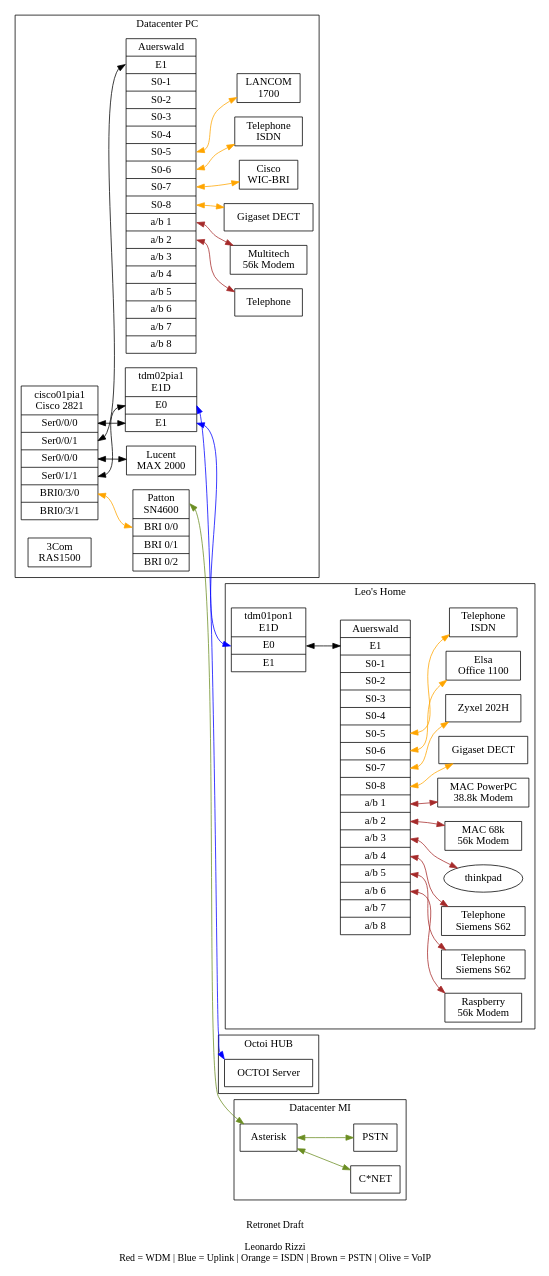
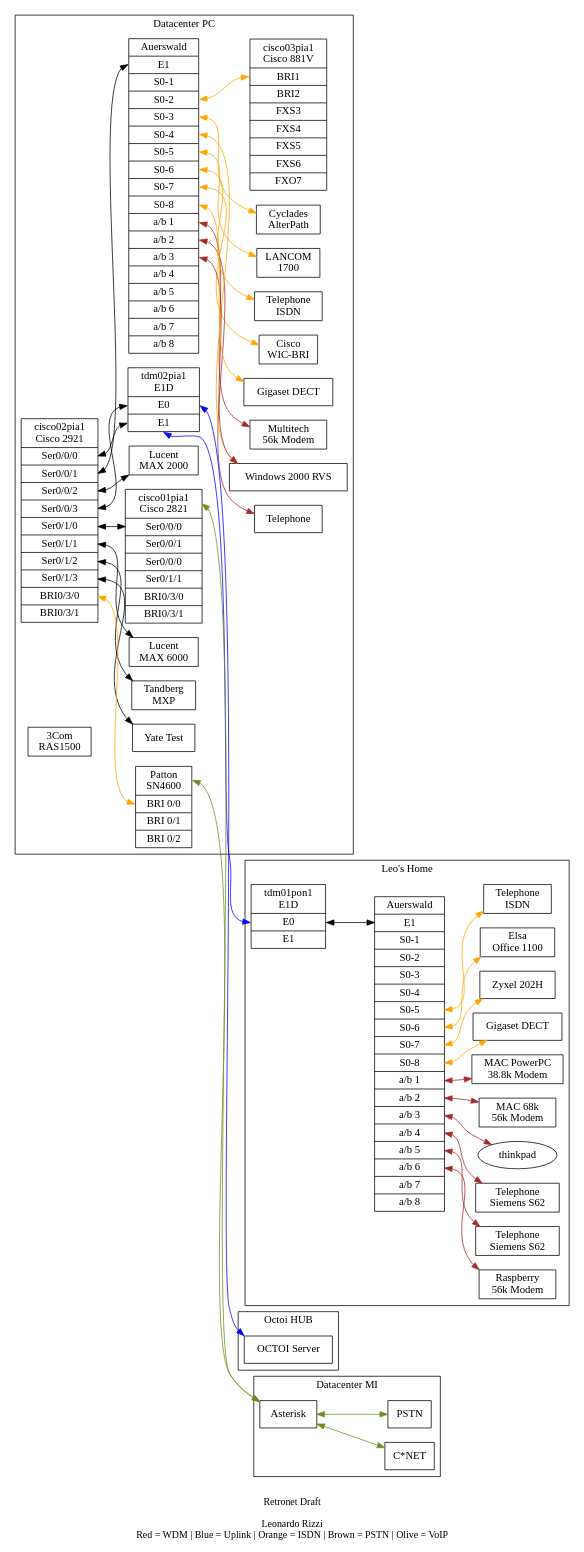
Before and after one commit to lrizzi/retronet: the diagram in e1d.gv, drawn with Graphviz. The commit also changed 7 other files, not shown here.

```diff
--- a/e1d.gv
+++ b/e1d.gv
@@ -1,153 +1,176 @@
 graph TDM {
 //graph [nodesep=0.5, ranksep=0.5];
 //rankdir=RL;
 rankdir=LR;
 //clusterrank=none
 compound=true;
 edge [dir="both"]
 //concentrate=true
 
 subgraph cluster0 {
   label="Datacenter PC";
   compt01pia1 [shape=record,label="<host>Auerswald|<e1>E1|<s01>S0-1|<s02>S0-2|<s03>S0-3|<s04>S0-4|<s05>S0-5|<s06>S0-6|<s07>S0-7|<s08>S0-8|<ab1>a/b 1|<ab2>a/b 2|<ab3>a/b 3|<ab4>a/b 4|<ab5>a/b 5|<ab6>a/b 6|<ab7>a/b 7|<ab8>a/b 8"];
   //tdm01pia1 [shape=record,label="<host>tdm01pia1\nPacketBand|<e1>E1"];
   tdm02pia1 [shape=record,label="<host>tdm02pia1\nE1D|<e0>E0|<e1>E1"];
 
   cisco01pia1 [shape=record,label="<host>cisco01pia1\nCisco 2821|<s000>Ser0/0/0|<s001>Ser0/0/1|<s010>Ser0/0/0|<s011>Ser0/1/1|<bri030>BRI0/3/0|<bri031>BRI0/3/1"];
+  cisco02pia1 [shape=record,label="<host>cisco02pia1\nCisco 2921|<s000>Ser0/0/0|<s001>Ser0/0/1|<s002>Ser0/0/2|<s003>Ser0/0/3|<s010>Ser0/1/0|<s011>Ser0/1/1|<s012>Ser0/1/2|<s013>Ser0/1/3|<bri030>BRI0/3/0|<bri031>BRI0/3/1"];
+
+  cisco03pia1 [shape=record,label="<host>cisco03pia1\nCisco 881V|<bri1>BRI1|<bri2>BRI2|<fxs3>FXS3|<fxs4>FXS4|<fxs5>FXS5|<fxs6>FXS6|<fxo7>FXO7"];
+
 
   ras01pia1 [shape=record,label="<host>3Com\nRAS1500"]
   max01pia1 [shape=record,label="<host>Lucent\nMAX 2000"]
+  max02pia1 [shape=record,label="<host>Lucent\nMAX 6000"]
+  tandberg01 [shape=record,label="<host>Tandberg\nMXP"]
+
+  tsrv01 [shape=record,label="<host>Cyclades\nAlterPath"]
 
   r01pia1 [shape=record,label="<host>Cisco\nWIC-BRI"]
   r02pia1 [shape=record,label="<host>LANCOM\n1700"]
 
   modem01pia1 [shape=record,label="Multitech\n56k Modem"];
 
   tel01pia1 [shape=record,label="Telephone"];
+
+  win2000 [shape=record,label="Windows 2000 RVS"];
+  yate01 [shape=record,label="Yate Test"];
 
 
   gigaset01pia1 [shape=record,label="Gigaset DECT"];
 
   itel01pia1 [shape=record,label="Telephone\nISDN"];
 
   patton01 [shape=record,label="<host>Patton\nSN4600|<bri00>BRI 0/0|<bri01>BRI 0/1|<bri02>BRI 0/2"]
 
   subgraph cluster_00 {
   label="External"
 //  Telnet [shape=record,label="<host>Telnet|<transit>Transit|<access>Access"];
 //  MinapF [shape=record,label="<host>Minap Telnet|<p01>Port 01|<p02> Port 02|<p03> Port 03"];
 }
 }
 
 subgraph cluster1 {
   label="Datacenter MI";
   //compt01mil1 [shape=record,label="<host>compt01mil1\nAuerswald|<e1>E1|<s01>S0-1|<s02>S0-2|<s03>S0-3|<s04>S0-4|<s05>S0-5|<s06>S0-6|<s07>S0-7|<s08>S0-8|"];
   //tdm01mil1 [shape=record,label="<host>tdm01mil1\nPacketBand|<e1>E1"];
   
   //r01mil1 [shape=record,label="<host>Cisco\nWIC-BRI"]
   //patton01mil1 [shape=record,label="<host>Patton\nSmartNode"]
   pbx02mil1 [shape=record,label="<host>Asterisk"]
 
   cnet [shape=record,label="<host>C*NET"]
   pstn [shape=record,label="<host>PSTN"]
-
-
 
   // Service provider
   subgraph cluster_10 {
   label="External"
 }
 }
 
 subgraph cluster2 {
   label="Leo's Home";
   compt01pon1 [shape=record,label="<host>Auerswald|<e1>E1|<s01>S0-1|<s02>S0-2|<s03>S0-3|<s04>S0-4|<s05>S0-5|<s06>S0-6|<s07>S0-7|<s08>S0-8|<ab1>a/b 1|<ab2>a/b 2|<ab3>a/b 3|<ab4>a/b 4|<ab5>a/b 5|<ab6>a/b 6|<ab7>a/b 7|<ab8>a/b 8"];
   tdm01pon1 [shape=record,label="<host>tdm01pon1\nE1D|<e0>E0|<e1>E1"];
 
   gigaset01pon1 [shape=record,label="Gigaset DECT"];
   r02pon1 [shape=record,label="Zyxel 202H"]
   r01pon1 [shape=record,label="Elsa\nOffice 1100"]
 
 
   tel01pon1 [shape=record,label="Telephone\nSiemens S62"];
   tel02pon1 [shape=record,label="Telephone\nSiemens S62"];
 
   itel01pon1 [shape=record,label="Telephone\nISDN"];
   
   modem01pon1 [shape=record,label="MAC PowerPC\n38.8k Modem"];
   modem02pon1 [shape=record,label="MAC 68k\n56k Modem"];
   modem03pon1 [shape=record,label="Raspberry\n56k Modem"];
 
   thinkpad
 
 
   // Service provider
   subgraph cluster_20 {
   label="External"
 }
 }
 
 subgraph cluster3 {
   label="Octoi HUB";
 
 
   octoihub [shape=record,label="OCTOI Server"];
 
 }
 
 
 //tdm01mil1:host -- tdm01pia1:host [color=blue]
 tdm02pia1:e1 -- tdm01pon1:e0 [color=blue]
 tdm02pia1:e0 -- octoihub:host [color=blue]
 
+//PIA1 E1 Switch
+cisco02pia1:s000 -- tdm02pia1:e1
+cisco02pia1:s001 -- compt01pia1:e1
+cisco02pia1:s002 -- max01pia1:e1
+cisco02pia1:s003 -- tdm02pia1:e0
+cisco02pia1:s010 -- cisco01pia1:s000
+cisco02pia1:s011 -- max02pia1
+cisco02pia1:s012 -- tandberg01
+cisco02pia1:s013 -- yate01
 
-//PIA1
-cisco01pia1:s000 -- tdm02pia1:e1
-cisco01pia1:s001 -- compt01pia1:e1
-cisco01pia1:s010 -- max01pia1:e1
-cisco01pia1:s011 -- tdm02pia1:e0
 
-cisco01pia1:bri030 -- patton01:bri00 [color=orange]
+
+
+cisco02pia1:bri030 -- patton01:bri00 [color=orange]
 
 
 
 //compt01pia1:s01 -- patton01 [color=orange] temporary at PON1
 
 compt01pia1:s05 -- r02pia1 [color=orange]
 compt01pia1:s06 -- itel01pia1 [color=orange]
 compt01pia1:s07 -- r01pia1 [color=orange]
 compt01pia1:s08 -- gigaset01pia1 [color=orange]
 
 compt01pia1:ab1 -- modem01pia1 [color=brown]
 compt01pia1:ab2 -- tel01pia1 [color=brown]
 
+compt01pia1:s04 -- win2000 [color=orange]
+compt01pia1:ab3 -- win2000 [color=brown]
+
+compt01pia1:s02 -- cisco03pia1:bri1 [color=orange]
+
+compt01pia1:s03 -- tsrv01 [color=orange]
+
 
 //MIL1
 //tdm01mil1:e1 -- compt01mil1:e1 
 //compt01mil1:s01 -- r01mil1 [color=orange]
 //compt01mil1:s02 -- patton01mil1 [color=orange]
+cisco01pia1:host -- pbx02mil1 [color=olivedrab]
 patton01:host -- pbx02mil1 [color=olivedrab]
 pbx02mil1 -- cnet [color=olivedrab]
 pbx02mil1 -- pstn [color=olivedrab]
 
 //PON
 tdm01pon1:e0 -- compt01pon1:e1
 
 
 compt01pon1:s05 -- itel01pon1 [color=orange]
 compt01pon1:s06 -- r01pon1 [color=orange]
 compt01pon1:s07 -- r02pon1 [color=orange]
 compt01pon1:s08 -- gigaset01pon1 [color=orange]
 
 compt01pon1:ab1 -- modem01pon1 [color=brown]
 compt01pon1:ab2 -- modem02pon1 [color=brown]
 compt01pon1:ab3 -- thinkpad [color=brown]
 compt01pon1:ab4 -- tel01pon1 [color=brown]
 compt01pon1:ab5 -- tel02pon1 [color=brown]
 compt01pon1:ab6 -- modem03pon1 [color=brown]
 
 
 
 label = "\nRetronet Draft\n\nLeonardo Rizzi\nRed = WDM | Blue = Uplink | Orange = ISDN | Brown = PSTN | Olive = VoIP";
 fontsize=13;
 }
```
